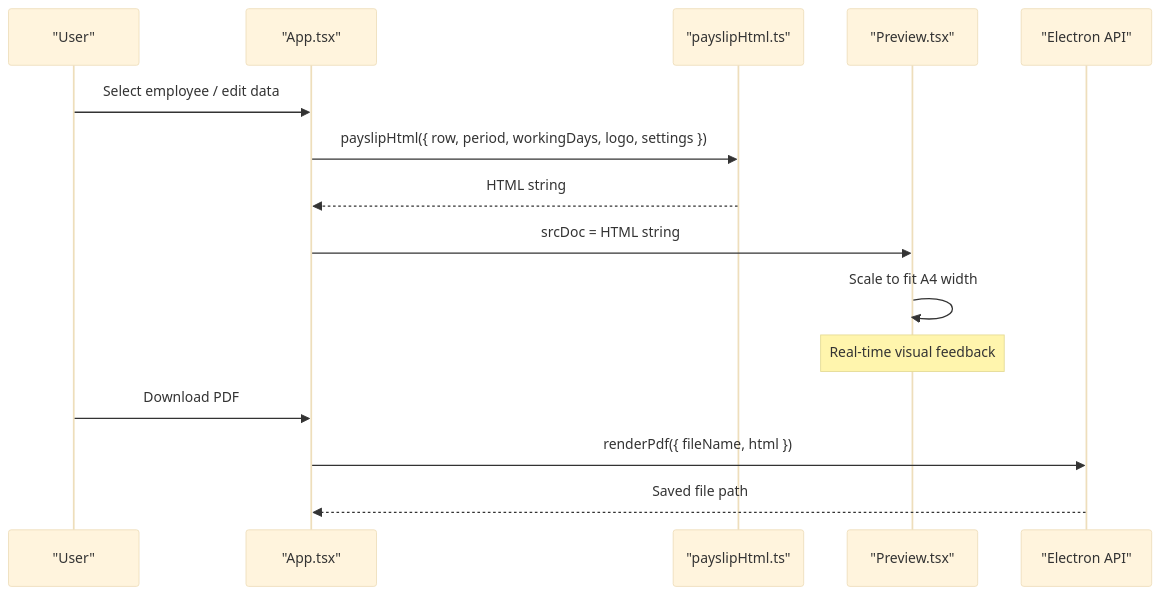
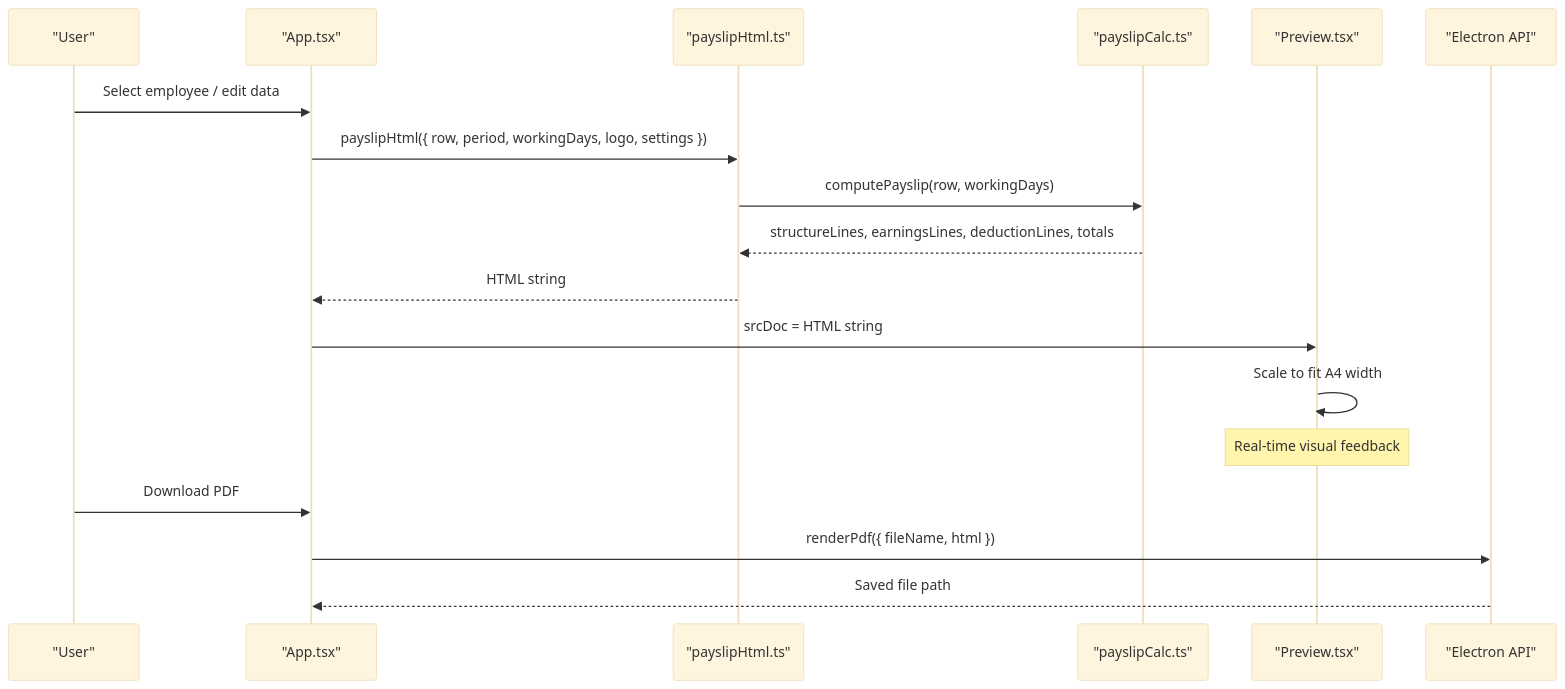
The second of 8 diagrams in .qoder/repowiki/en/content/Core Modules/Payslip Template Engine.md (MdodoIng/salery-slip-generater), drawn with Mermaid (base theme) before and after one commit. The commit also changed other lines of this file and 22 other files, not shown here.

````diff
--- a/.qoder/repowiki/en/content/Core Modules/Payslip Template Engine.md
+++ b/.qoder/repowiki/en/content/Core Modules/Payslip Template Engine.md
@@ -81,17 +87,20 @@
 ```mermaid
 sequenceDiagram
 participant User as "User"
 participant App as "App.tsx"
 participant Html as "payslipHtml.ts"
+participant Calc as "payslipCalc.ts"
 participant Preview as "Preview.tsx"
 participant Api as "Electron API"
 User->>App : Select employee / edit data
 App->>Html : payslipHtml({ row, period, workingDays, logo, settings })
+Html->>Calc : computePayslip(row, workingDays)
+Calc-->>Html : structureLines, earningsLines, deductionLines, totals
 Html-->>App : HTML string
 App->>Preview : srcDoc = HTML string
 Preview->>Preview : Scale to fit A4 width
 Note over Preview : Real-time visual feedback
 User->>App : Download PDF
 App->>Api : renderPdf({ fileName, html })
 Api-->>App : Saved file path
 ```
````
